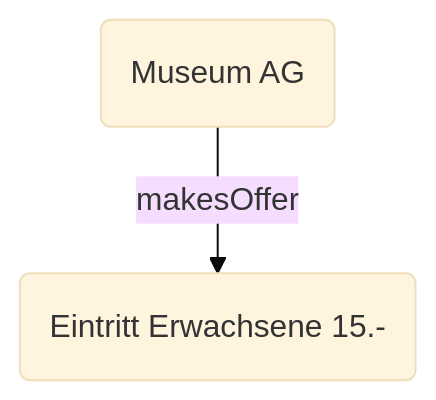
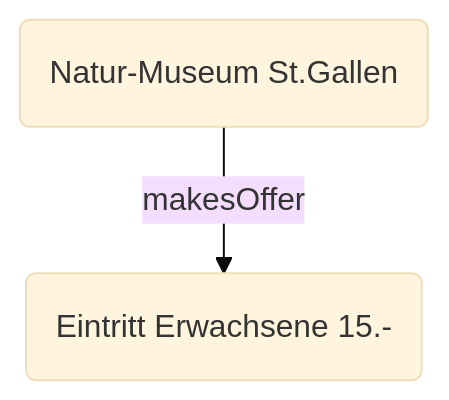
One commit to contentdesk/docs.contentdesk.io changed the second of 2 diagrams in docs/schemaArchiv/makesOffer.md. Above: the diagram before and after it, drawn with Mermaid (base theme). The commit also changed other lines of this file, not shown here.

Commit message:
Update makesOffer documentation; correct LocalBusiness reference and example organization

````diff
--- a/docs/schemaArchiv/makesOffer.md
+++ b/docs/schemaArchiv/makesOffer.md
@@ -25,4 +27,4 @@
 ``` mermaid
 graph TB
-  Organization("Museum AG") --> |makesOffer| Offer("Eintritt Erwachsene 15.-")  
+  Organization("Natur-Museum St.Gallen") --> |makesOffer| Offer("Eintritt Erwachsene 15.-")  
 ```
````
